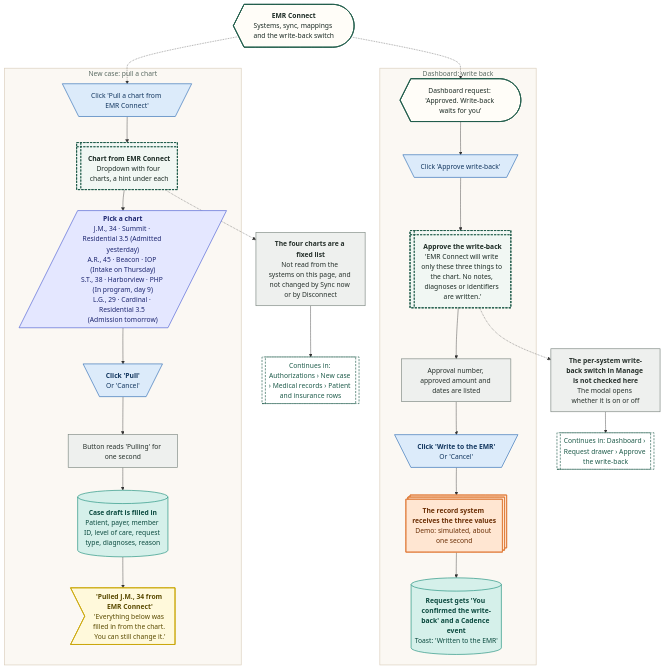
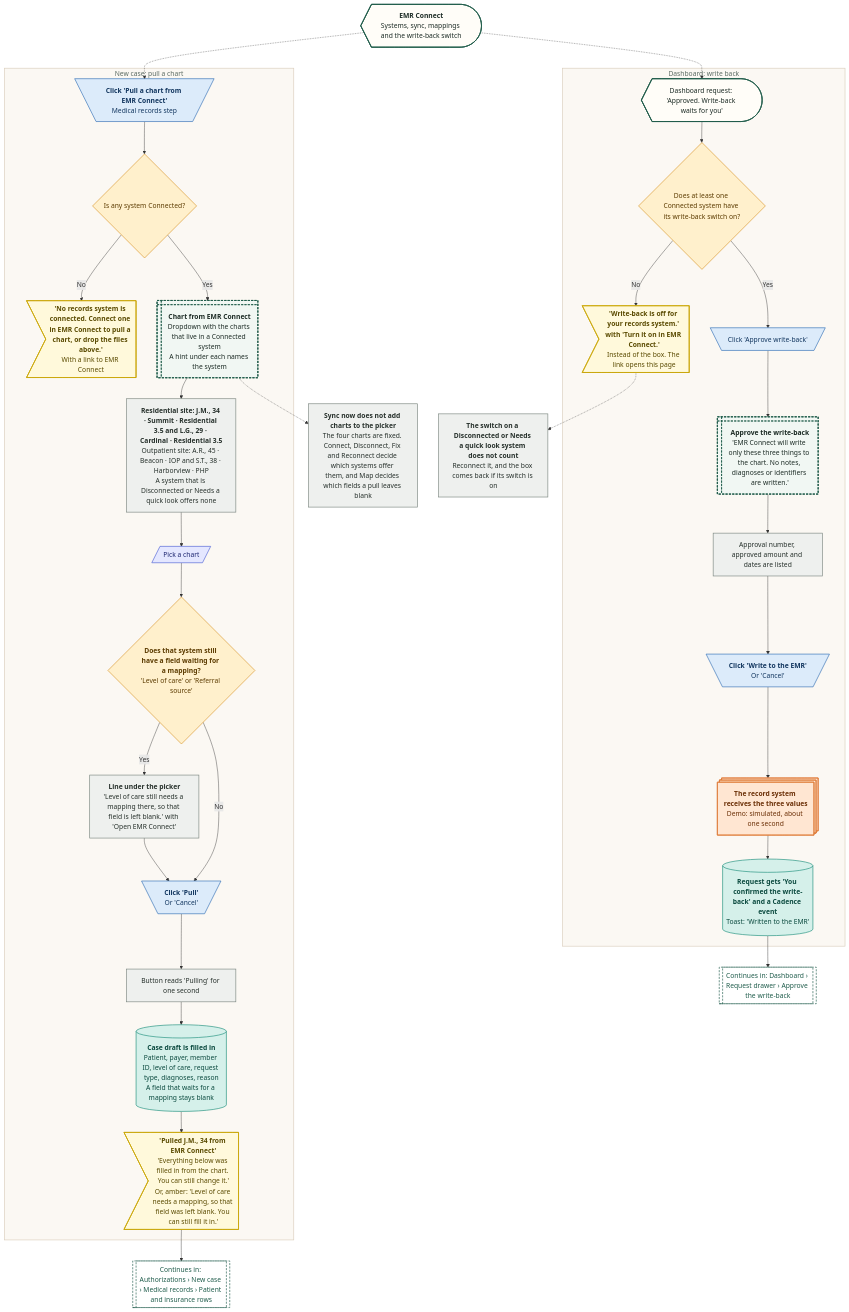
The tenth of 17 diagrams in demos/prior-auth-demo/workflows/out/md/09-emr-connect.md (Shrav143/psyfloapp), drawn with Mermaid before and after one commit. The commit also changed other lines of this file and 195 other files, not shown here.

First line of the commit message:
docs: Rebuild workflow diagrams after the demo fixes (220 diagrams)

````diff
--- a/demos/prior-auth-demo/workflows/out/md/09-emr-connect.md
+++ b/demos/prior-auth-demo/workflows/out/md/09-emr-connect.md
@@ -651,62 +755,75 @@
 ```mermaid
 %%{init: {"theme":"base","themeVariables":{"fontFamily":"'DM Sans', 'Segoe UI', system-ui, sans-serif","fontSize":"15px","lineColor":"#5B6B63","primaryTextColor":"#1C2B25","clusterBkg":"#FBF8F3","clusterBorder":"#D9CDBB","edgeLabelBackground":"#FFFFFF"},"flowchart":{"curve":"basis","nodeSpacing":36,"rankSpacing":48,"padding":12,"htmlLabels":true,"useMaxWidth":false,"wrappingWidth":230}} }%%
 flowchart TD
   classDef k_start fill:#1F5C4B,stroke:#174638,color:#FFFFFF,stroke-width:1.5px,font-weight:600
   classDef k_end fill:#DDEFE3,stroke:#2E7D4F,color:#14502F,stroke-width:1.5px,font-weight:600
   classDef k_endx fill:#FBE3E0,stroke:#C0392B,color:#7A1F16,stroke-width:1.5px,font-weight:600
   classDef k_screen fill:#FFFDF8,stroke:#1F5C4B,color:#1C2B25,stroke-width:2px
   classDef k_overlay fill:#F1F7F3,stroke:#1F5C4B,color:#1C2B25,stroke-width:2px,stroke-dasharray:5 3
   classDef k_click fill:#DCEBFA,stroke:#2F6DB5,color:#12365F,stroke-width:1.5px
   classDef k_input fill:#E4E7FF,stroke:#4C5FD5,color:#1D2670,stroke-width:1.5px
   classDef k_process fill:#EEF0EE,stroke:#7A857F,color:#26302B,stroke-width:1.5px
   classDef k_agent fill:#EEE5FA,stroke:#7A4FC2,color:#341A63,stroke-width:1.5px
   classDef k_decision fill:#FFF0CC,stroke:#D9962B,color:#5C3B00,stroke-width:1.5px
   classDef k_store fill:#D5F0EA,stroke:#1C8E7B,color:#0B4A3F,stroke-width:1.5px
   classDef k_doc fill:#F6E9DC,stroke:#B07A4C,color:#4A2E14,stroke-width:1.5px
   classDef k_ext fill:#FFE6D2,stroke:#E07B39,color:#6B2F06,stroke-width:1.5px
   classDef k_wait fill:#E4E8EE,stroke:#6B7C93,color:#26303D,stroke-width:1.5px
   classDef k_toast fill:#FFF9DB,stroke:#C9A400,color:#5A4A00,stroke-width:1.5px
   classDef k_goto fill:#FFFFFF,stroke:#1F5C4B,color:#1F5C4B,stroke-width:1.5px,stroke-dasharray:5 3
   p1@{ shape: curv-trap, label: "<b>EMR Connect</b><br/>Systems, sync, mappings and the write-back switch" }
   subgraph gPull ["New case: pull a chart"]
-  a1@{ shape: trap-t, label: "Click 'Pull a chart from EMR Connect'" }
-  a2@{ shape: win-pane, label: "<b>Chart from EMR Connect</b><br/>Dropdown with four charts, a hint under each" }
-  a3@{ shape: lean-r, label: "<b>Pick a chart</b><br/>J.M., 34 · Summit · Residential 3.5 (Admitted yesterday)<br/>A.R., 45 · Beacon · IOP (Intake on Thursday)<br/>S.T., 38 · Harborview · PHP (In program, day 9)<br/>L.G., 29 · Cardinal · Residential 3.5 (Admission tomorrow)" }
+  a1@{ shape: trap-t, label: "<b>Click 'Pull a chart from EMR Connect'</b><br/>Medical records step" }
+  a0@{ shape: diam, label: "Is any system Connected?" }
+  a8@{ shape: odd, label: "<b>'No records system is connected. Connect one in EMR Connect to pull a chart, or drop the files above.'</b><br/>With a link to EMR Connect" }
+  a2@{ shape: win-pane, label: "<b>Chart from EMR Connect</b><br/>Dropdown with the charts that live in a Connected system<br/>A hint under each names the system" }
+  a2b@{ shape: rect, label: "<b>Residential site: J.M., 34 · Summit · Residential 3.5 and L.G., 29 · Cardinal · Residential 3.5</b><br/>Outpatient site: A.R., 45 · Beacon · IOP and S.T., 38 · Harborview · PHP<br/>A system that is Disconnected or Needs a quick look offers none" }
+  a3@{ shape: lean-r, label: "Pick a chart" }
+  a9@{ shape: diam, label: "<b>Does that system still have a field waiting for a mapping?</b><br/>'Level of care' or 'Referral source'" }
+  a10@{ shape: rect, label: "<b>Line under the picker</b><br/>'Level of care still needs a mapping there, so that field is left blank.' with 'Open EMR Connect'" }
   a4@{ shape: trap-t, label: "<b>Click 'Pull'</b><br/>Or 'Cancel'" }
   a5@{ shape: rect, label: "Button reads 'Pulling' for one second" }
-  a6@{ shape: cyl, label: "<b>Case draft is filled in</b><br/>Patient, payer, member ID, level of care, request type, diagnoses, reason" }
-  a7@{ shape: odd, label: "<b>'Pulled J.M., 34 from EMR Connect'</b><br/>'Everything below was filled in from the chart. You can still change it.'" }
+  a6@{ shape: cyl, label: "<b>Case draft is filled in</b><br/>Patient, payer, member ID, level of care, request type, diagnoses, reason<br/>A field that waits for a mapping stays blank" }
+  a7@{ shape: odd, label: "<b>'Pulled J.M., 34 from EMR Connect'</b><br/>'Everything below was filled in from the chart. You can still change it.'<br/>Or, amber: 'Level of care needs a mapping, so that field was left blank. You can still fill it in.'" }
   end
-  n1@{ shape: rect, label: "<b>The four charts are a fixed list</b><br/>Not read from the systems on this page, and not changed by Sync now or by Disconnect" }
+  n1@{ shape: rect, label: "<b>Sync now does not add charts to the picker</b><br/>The four charts are fixed. Connect, Disconnect, Fix and Reconnect decide which systems offer them, and Map decides which fields a pull leaves blank" }
   g1@{ shape: subproc, label: "Continues in: Authorizations › New case › Medical records › Patient and insurance rows" }
   subgraph gWrite ["Dashboard: write back"]
   b1@{ shape: curv-trap, label: "Dashboard request: 'Approved. Write-back waits for you'" }
+  b0@{ shape: diam, label: "Does at least one Connected system have its write-back switch on?" }
+  b8@{ shape: odd, label: "<b>'Write-back is off for your records system.' with 'Turn it on in EMR Connect.'</b><br/>Instead of the box. The link opens this page" }
   b2@{ shape: trap-t, label: "Click 'Approve write-back'" }
   b3@{ shape: win-pane, label: "<b>Approve the write-back</b><br/>'EMR Connect will write only these three things to the chart. No notes, diagnoses or identifiers are written.'" }
   b4@{ shape: rect, label: "Approval number, approved amount and dates are listed" }
   b5@{ shape: trap-t, label: "<b>Click 'Write to the EMR'</b><br/>Or 'Cancel'" }
   b6@{ shape: st-rect, label: "<b>The record system receives the three values</b><br/>Demo: simulated, about one second" }
   b7@{ shape: cyl, label: "<b>Request gets 'You confirmed the write-back' and a Cadence event</b><br/>Toast: 'Written to the EMR'" }
   end
-  n2@{ shape: rect, label: "<b>The per-system write-back switch in Manage is not checked here</b><br/>The modal opens whether it is on or off" }
+  n2@{ shape: rect, label: "<b>The switch on a Disconnected or Needs a quick look system does not count</b><br/>Reconnect it, and the box comes back if its switch is on" }
   g2@{ shape: subproc, label: "Continues in: Dashboard › Request drawer › Approve the write-back" }
   p1 -.-> a1
-  a1 --> a2 --> a3 --> a4 --> a5 --> a6 --> a7
+  a1 --> a0
+  a0 -->|"No"| a8
+  a0 -->|"Yes"| a2 --> a2b --> a3 --> a9
+  a9 -->|"Yes"| a10 --> a4
+  a9 -->|"No"| a4
+  a4 --> a5 --> a6 --> a7 --> g1
   a2 -.-> n1
-  n1 --> g1
   p1 -.-> b1
-  b1 --> b2 --> b3 --> b4 --> b5 --> b6 --> b7
-  b3 -.-> n2
-  n2 --> g2
+  b1 --> b0
+  b0 -->|"No"| b8
+  b0 -->|"Yes"| b2 --> b3 --> b4 --> b5 --> b6 --> b7 --> g2
+  b8 -.-> n2
   class p1,b1 k_screen
   class a1,a4,b2,b5 k_click
+  class a0,a9,b0 k_decision
+  class a8,a7,b8 k_toast
   class a2,b3 k_overlay
+  class a2b,a10,a5,n1,b4,n2 k_process
   class a3 k_input
-  class a5,n1,b4,n2 k_process
   class a6,b7 k_store
-  class a7 k_toast
   class g1,g2 k_goto
   class b6 k_ext
   style gPull fill:#FBF8F3,stroke:#D9CDBB,stroke-width:1.5px,color:#5B6B63
   style gWrite fill:#FBF8F3,stroke:#D9CDBB,stroke-width:1.5px,color:#5B6B63
 ```
````
